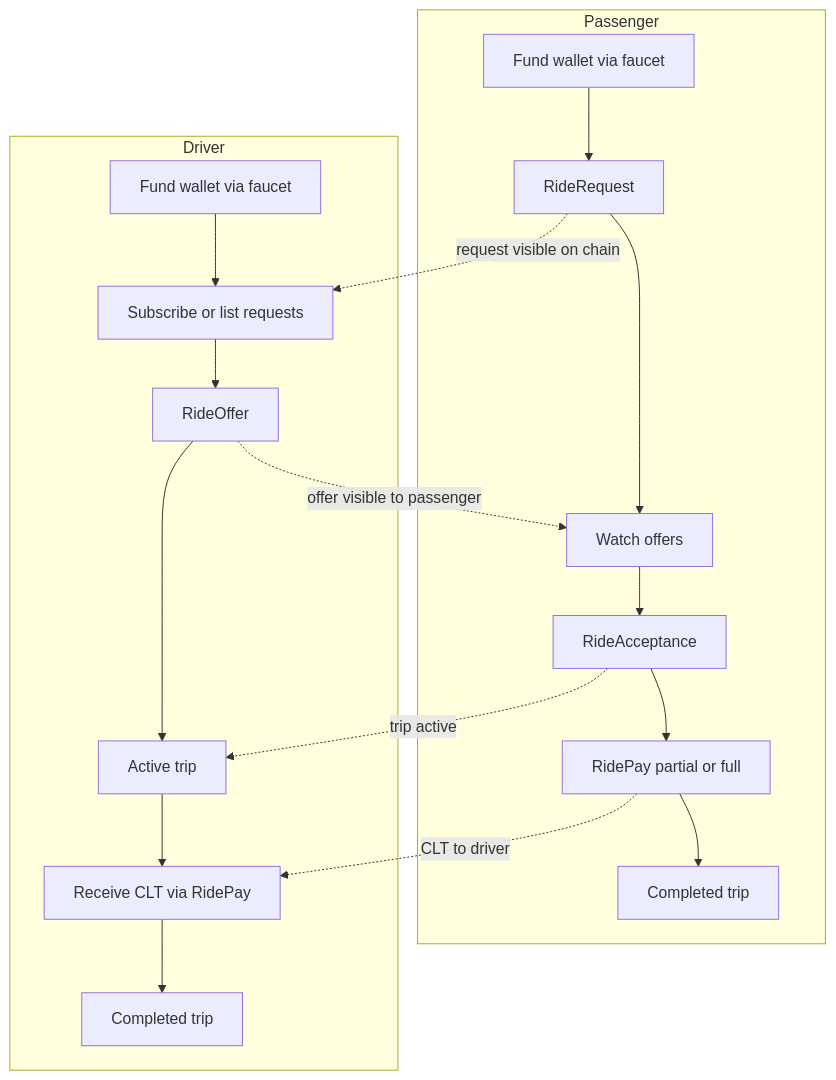
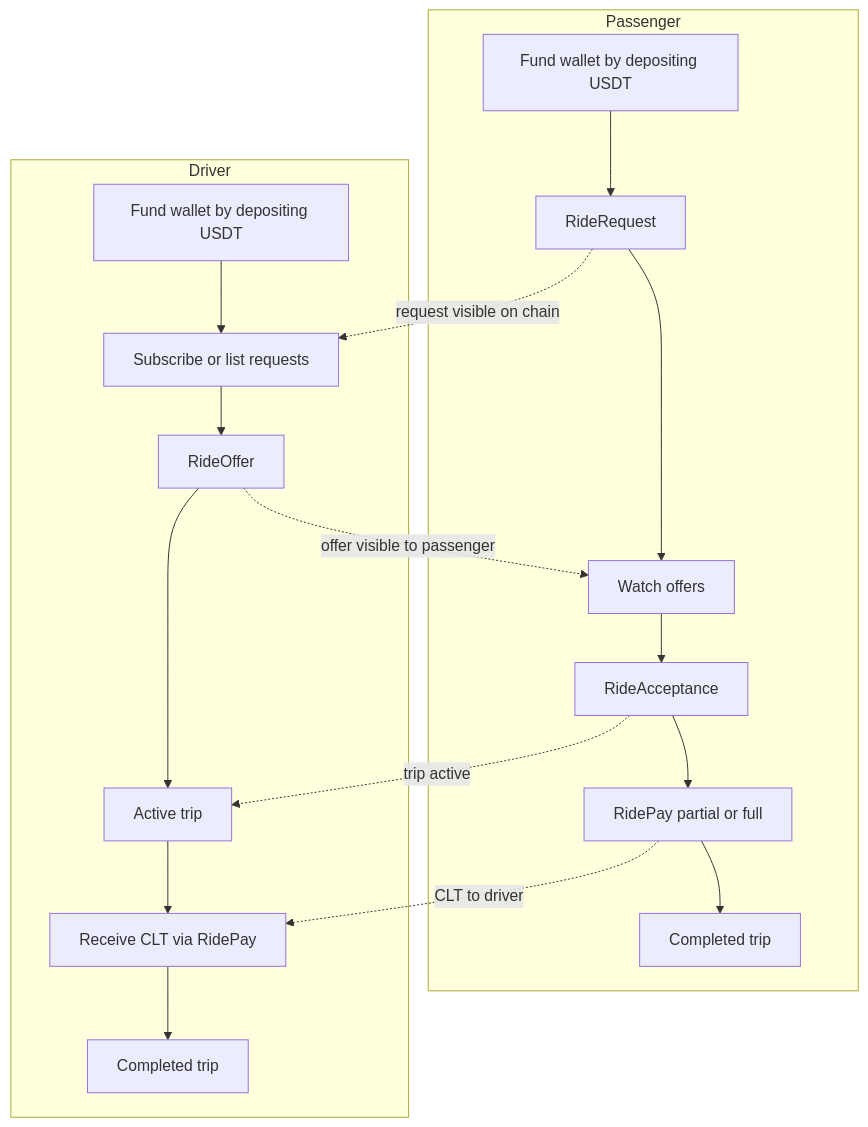
Before and after one commit to clutchprotocol/clutch-docs: the first of 4 diagrams in docs/getting-started/ride-lifecycle.md, drawn with Mermaid. The commit also changed other lines of this file and 28 other files, not shown here.

````diff
--- a/docs/getting-started/ride-lifecycle.md
+++ b/docs/getting-started/ride-lifecycle.md
@@ -15,27 +15,27 @@
 ```mermaid
 flowchart TB
     subgraph PassengerLane [Passenger]
-        P1[Fund wallet via faucet]
+        P1[Fund wallet by depositing USDT]
         P2[RideRequest]
         P3[Watch offers]
         P4[RideAcceptance]
         P5[RidePay partial or full]
         P6[Completed trip]
         P1 --> P2 --> P3 --> P4 --> P5 --> P6
     end
 
     subgraph DriverLane [Driver]
-        D1[Fund wallet via faucet]
+        D1[Fund wallet by depositing USDT]
         D2[Subscribe or list requests]
         D3[RideOffer]
         D4[Active trip]
         D5[Receive CLT via RidePay]
         D6[Completed trip]
         D1 --> D2 --> D3 --> D4 --> D5 --> D6
     end
 
     P2 -.->|request visible on chain| D2
     D3 -.->|offer visible to passenger| P3
     P4 -.->|trip active| D4
     P5 -.->|CLT to driver| D5
 ```
````
